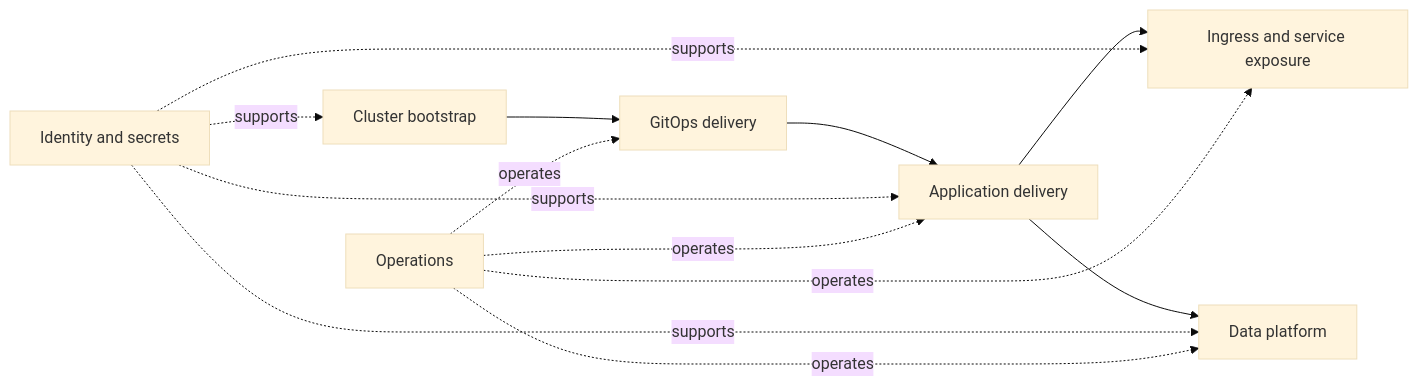
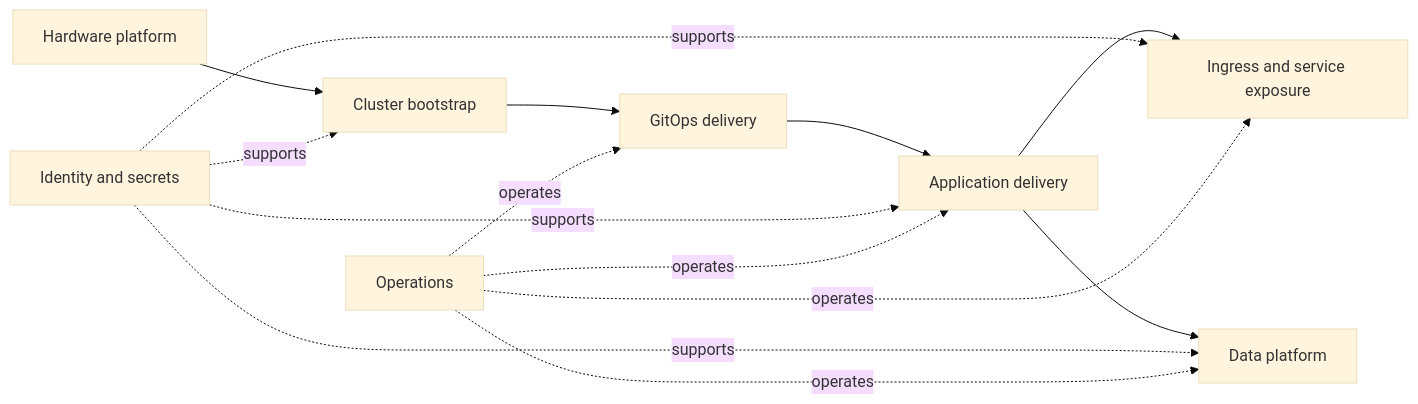
One commit to sstr-dev/infrastructure changed the first of 2 diagrams in docs/README.md. Above: the diagram before and after it, drawn with Mermaid (base theme). The commit also changed other lines of this file and 1 other file, not shown here.

Commit message:
hardware

````diff
--- a/docs/README.md
+++ b/docs/README.md
@@ -9,25 +9,27 @@
 ```mermaid
 flowchart LR
     bootstrap["Cluster bootstrap"]
     gitops["GitOps delivery"]
+    hardware["Hardware platform"]
     apps["Application delivery"]
     exposure["Ingress and service exposure"]
     data["Data platform"]
     ops["Operations"]
     identity["Identity and secrets"]
 
+    hardware --> bootstrap
     bootstrap --> gitops
     gitops --> apps
     apps --> exposure
     apps --> data
 
     identity -. supports .-> bootstrap
     identity -. supports .-> apps
     identity -. supports .-> exposure
     identity -. supports .-> data
 
     ops -. operates .-> gitops
     ops -. operates .-> apps
     ops -. operates .-> exposure
     ops -. operates .-> data
 ```
````
